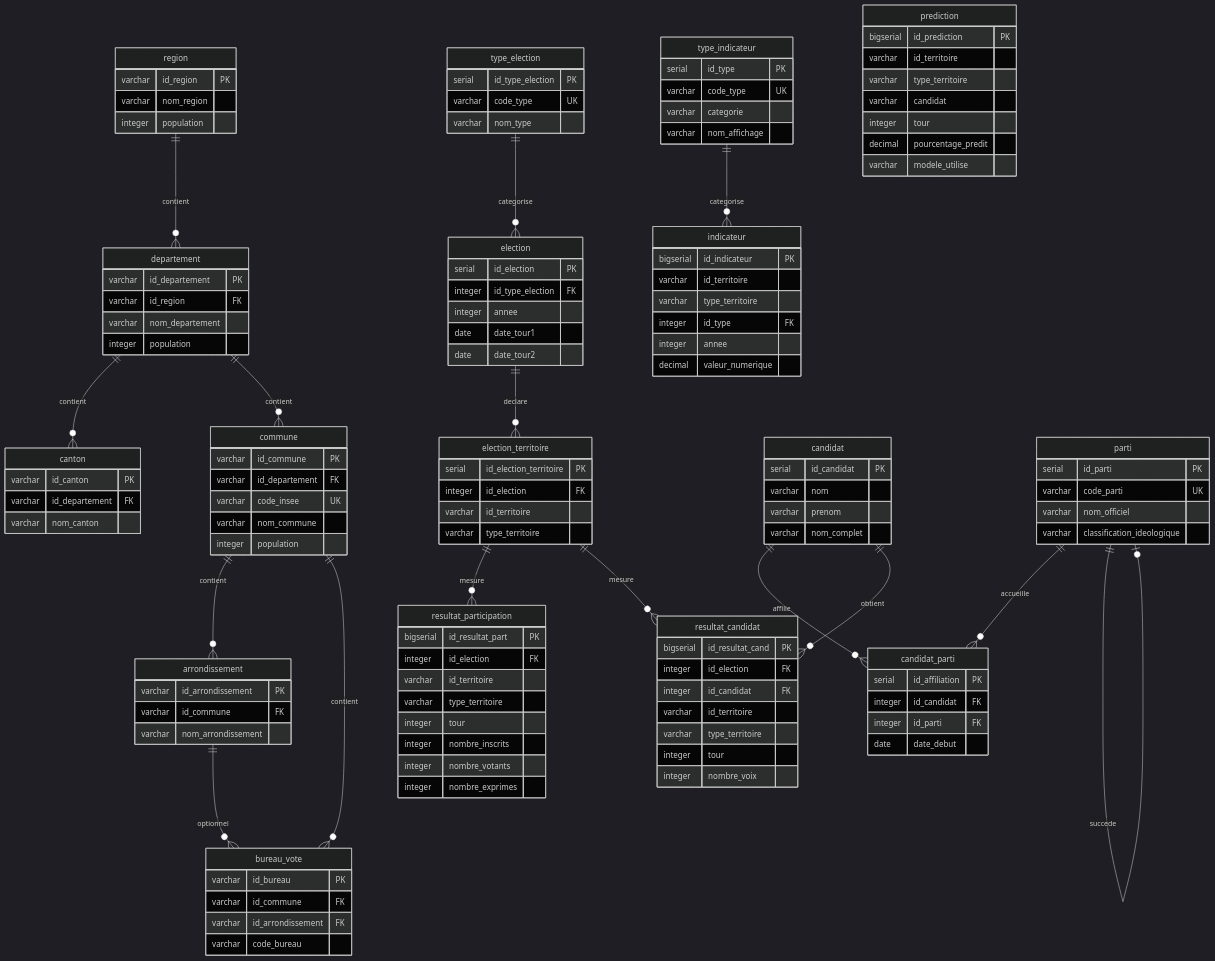
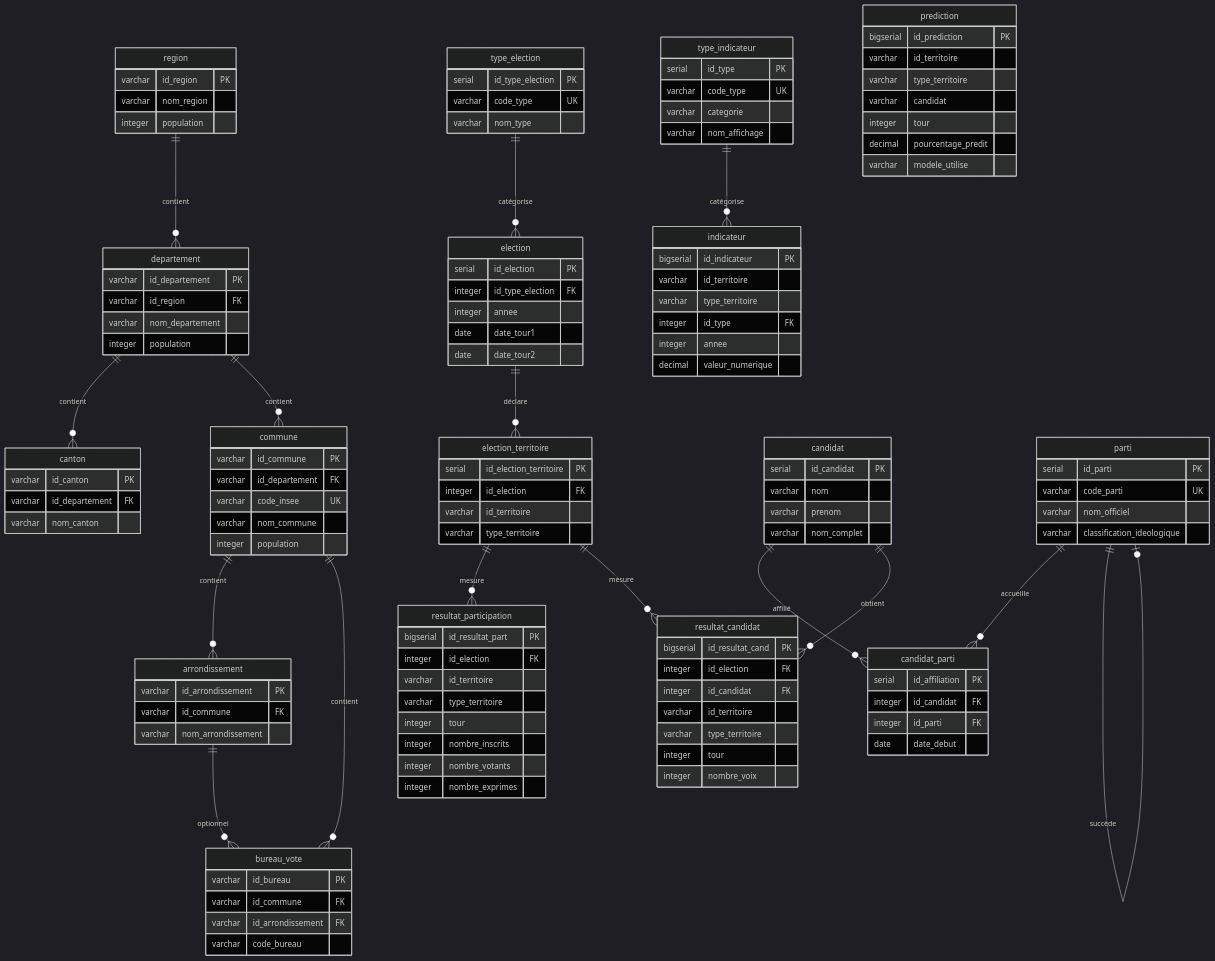
The diagram in docs/06-dossier-projet/B2-Entrepot-Referentiels.md (Sam-rst/EPSI_M1_MSPR-Groupe_RYMS), drawn with Mermaid (dark theme) before and after one commit. The commit also changed other lines of this file and 8 other files, not shown here.

```diff
--- a/docs/06-dossier-projet/B2-Entrepot-Referentiels.md
+++ b/docs/06-dossier-projet/B2-Entrepot-Referentiels.md
@@ -30,17 +30,17 @@
     commune ||--o{ bureau_vote : "contient"
     arrondissement ||--o{ bureau_vote : "optionnel"
 
-    type_election ||--o{ election : "categorise"
-    election ||--o{ election_territoire : "declare"
+    type_election ||--o{ election : "catégorise"
+    election ||--o{ election_territoire : "déclare"
     election_territoire ||--o{ resultat_participation : "mesure"
     election_territoire ||--o{ resultat_candidat : "mesure"
 
-    candidat ||--o{ candidat_parti : "affilie"
+    candidat ||--o{ candidat_parti : "affilié"
     parti ||--o{ candidat_parti : "accueille"
     candidat ||--o{ resultat_candidat : "obtient"
-    parti ||--o| parti : "succede"
+    parti ||--o| parti : "succède"
 
-    type_indicateur ||--o{ indicateur : "categorise"
+    type_indicateur ||--o{ indicateur : "catégorise"
 
     region {
         varchar id_region PK
```
